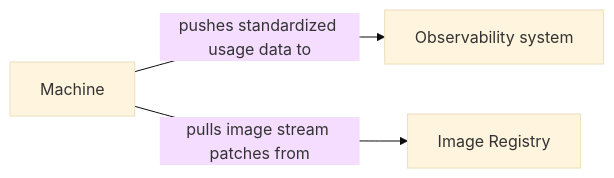
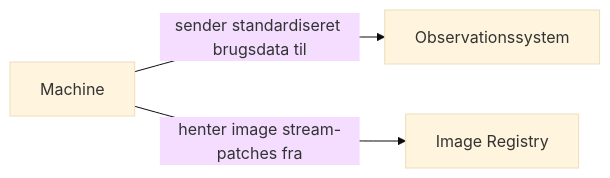
The sixth of 9 diagrams in presentation/slides.md (0xf1e/os2fri-dokumentation), drawn with Mermaid (base theme) before and after one commit. The commit also changed other lines of this file, not shown here.

Commit message:
præsentation: oversæt til dansk

```diff
--- a/presentation/slides.md
+++ b/presentation/slides.md
@@ -178,5 +178,5 @@
 <div class="mermaid">
 flowchart LR
-    Machine -->|pushes standardized usage data to| ObservabilitySystem[Observability system]
-    Machine -->|pulls image stream patches from| ImageRegistry[Image Registry]
+    Machine -->|sender standardiseret brugsdata til| ObservabilitySystem[Observationssystem]
+    Machine -->|henter image stream-patches fra| ImageRegistry[Image Registry]
 </div>
```
